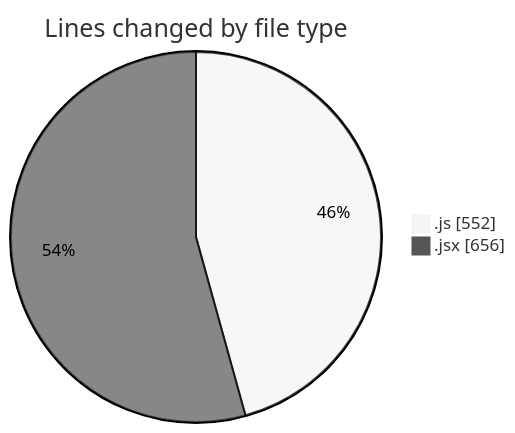
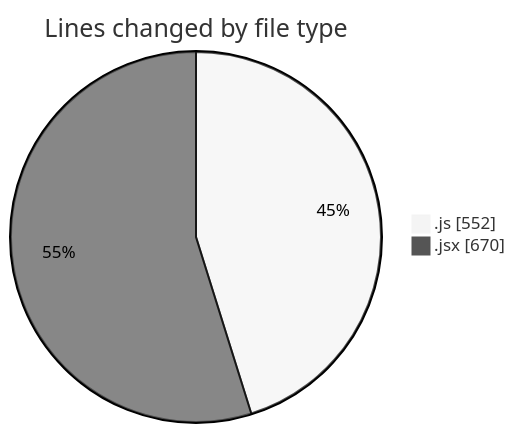
One commit to nxtqubesakshisongat/code-tracking changed the first of 2 diagrams in 2025-07-01/argos/README.md. Above: the diagram before and after it, drawn with Mermaid (neutral theme). The commit also changed other lines of this file and 1 other file, not shown here.

````diff
--- a/2025-07-01/argos/README.md
+++ b/2025-07-01/argos/README.md
@@ -23,6 +23,6 @@
 ```mermaid
 pie showData
 title Lines changed by file type
 ".js" : 552
-".jsx" : 656
+".jsx" : 670
 ```
````
